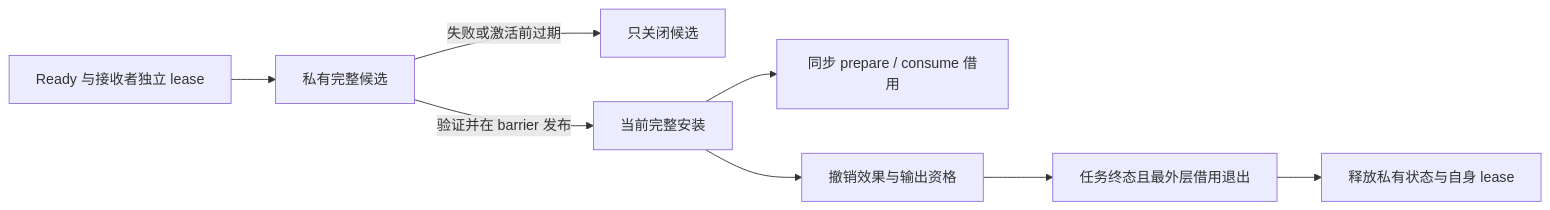
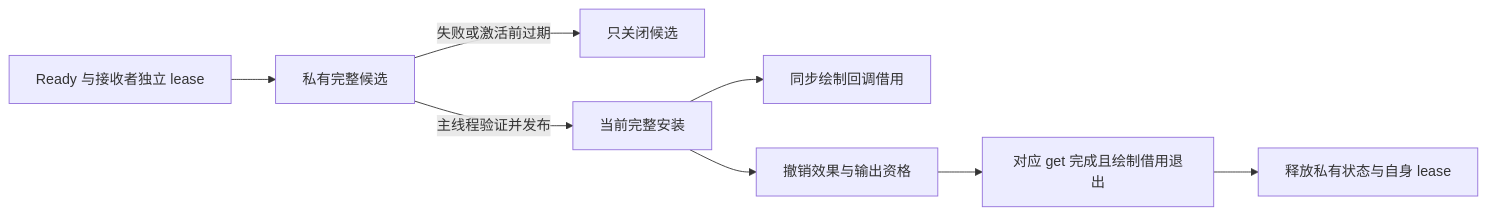
Before and after one commit to YesSteveModel/YesSteveModel: the second of 2 diagrams in docs/architecture/animation/entity-lifecycle.md, drawn with Mermaid. The commit also changed other lines of this file and 80 other files, not shown here.

````diff
--- a/docs/architecture/animation/entity-lifecycle.md
+++ b/docs/architecture/animation/entity-lifecycle.md
@@ -41,10 +41,10 @@
 ```mermaid
 flowchart LR
     Ready["Ready 与接收者独立 lease"] --> Candidate["私有完整候选"]
     Candidate -->|"失败或激活前过期"| Reject["只关闭候选"]
-    Candidate -->|"验证并在 barrier 发布"| Current["当前完整安装"]
-    Current --> Borrow["同步 prepare / consume 借用"]
+    Candidate -->|"主线程验证并发布"| Current["当前完整安装"]
+    Current --> Borrow["同步绘制回调借用"]
     Current --> Seal["撤销效果与输出资格"]
-    Seal --> End["任务终态且最外层借用退出"]
+    Seal --> End["对应 get 完成且绘制借用退出"]
     End --> Release["释放私有状态与自身 lease"]
 ```
````
